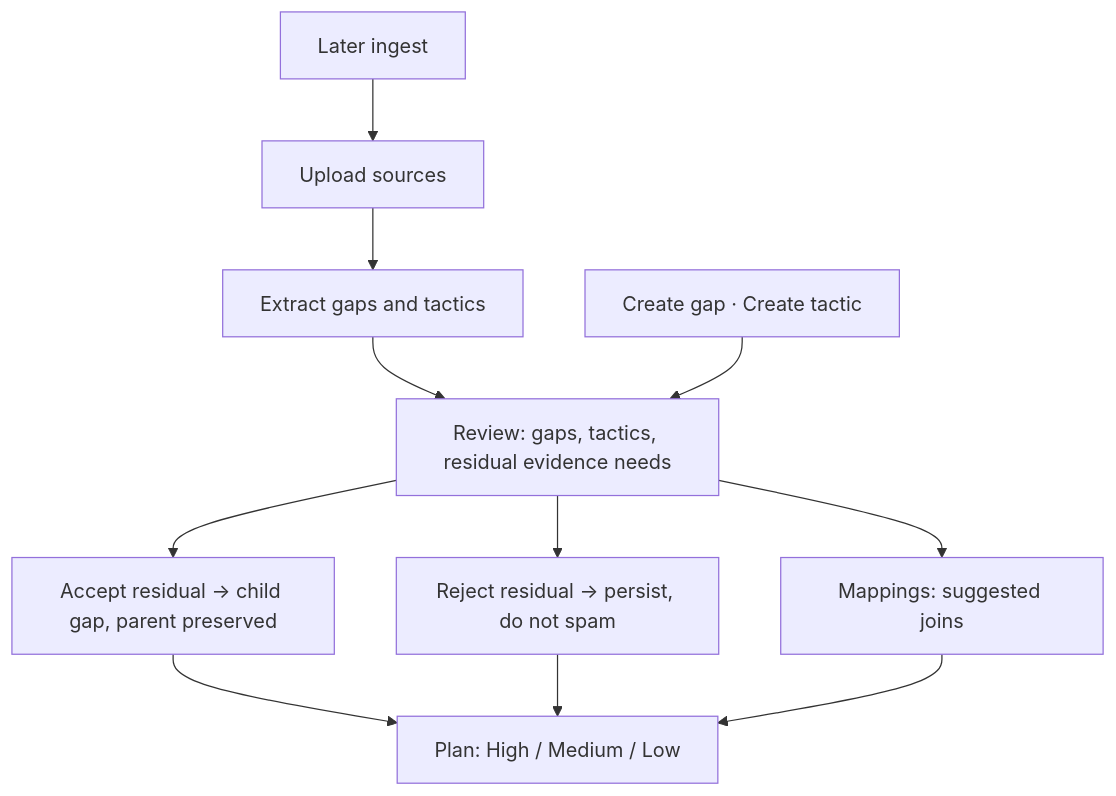
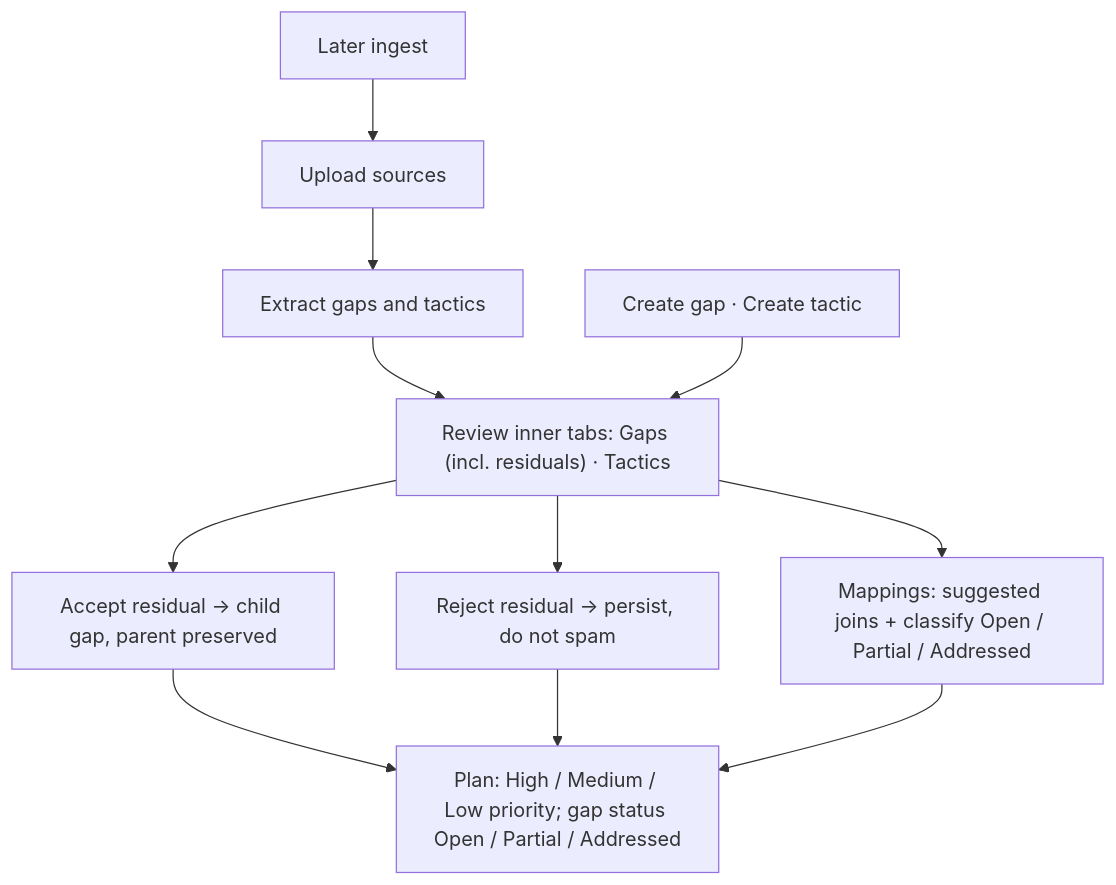
One commit to Shashb21/synapse changed the first of 2 diagrams in docs/problem-and-solution.md. Above: the diagram before and after it, drawn with Mermaid. The commit also changed other lines of this file and 18 other files, not shown here.

First line of the commit message:
Separate Review Gaps/Tactics tabs and lock mapped gap status.

````diff
--- a/docs/problem-and-solution.md
+++ b/docs/problem-and-solution.md
@@ -50,22 +50,22 @@
 ```mermaid
 flowchart TD
   upload["Upload sources"]
   extract["Extract gaps and tactics"]
-  review["Review: gaps, tactics, residual evidence needs"]
+  review["Review inner tabs: Gaps (incl. residuals) · Tactics"]
   create["Create gap · Create tactic"]
   acceptChild["Accept residual → child gap, parent preserved"]
   rejectChild["Reject residual → persist, do not spam"]
-  map["Mappings: suggested joins"]
-  board["Plan: High / Medium / Low"]
+  map["Mappings: suggested joins + classify Open / Partial / Addressed"]
+  board["Plan: High / Medium / Low priority; gap status Open / Partial / Addressed"]
   later["Later ingest"]
   upload --> extract
   extract --> review
   create --> review
   review --> acceptChild
   review --> rejectChild
   review --> map
   acceptChild --> board
   rejectChild --> board
   map --> board
   later --> upload
 ```
````
